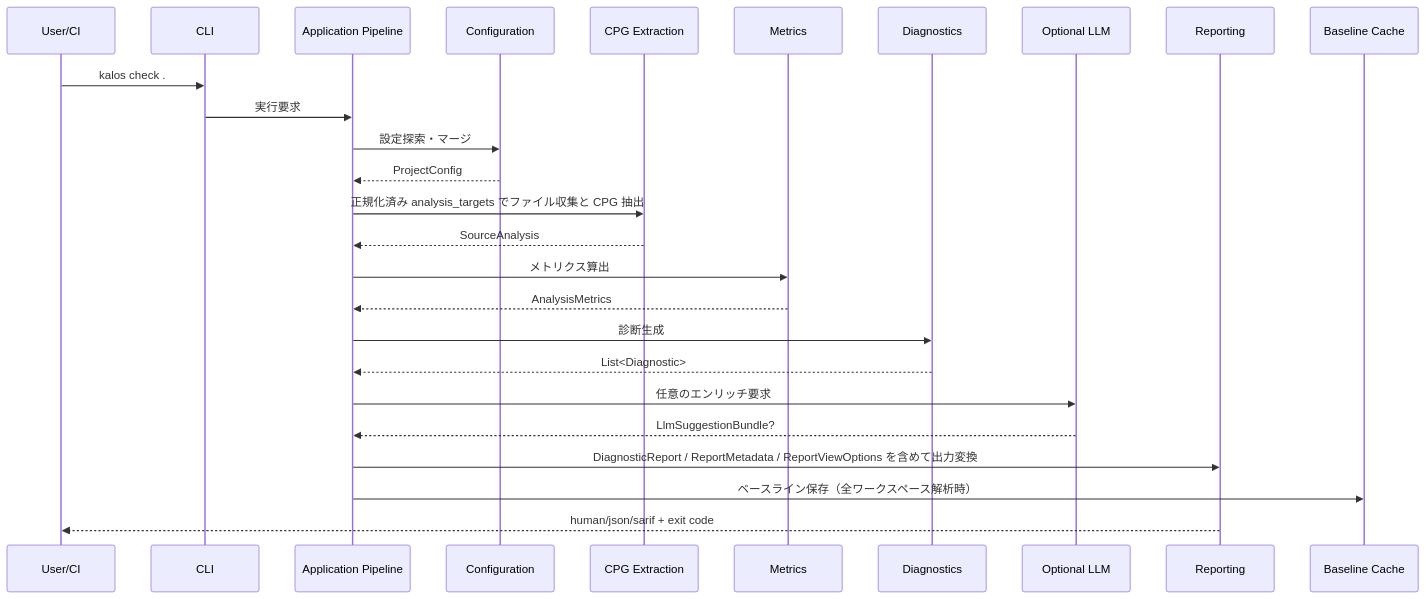
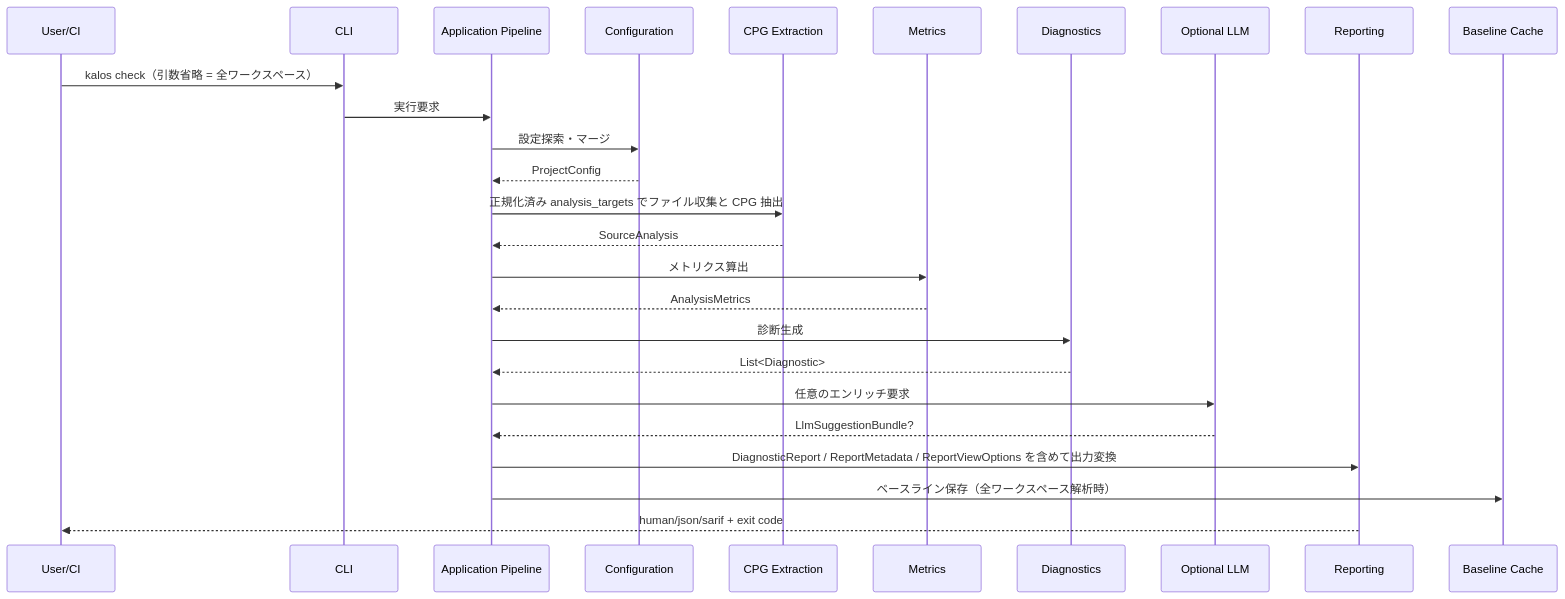
Before and after one commit to RK0429/kalos: the third of 4 diagrams in docs/architecture.md, drawn with Mermaid. The commit also changed other lines of this file and 1 other file, not shown here.

````diff
--- a/docs/architecture.md
+++ b/docs/architecture.md
@@ -276,29 +276,29 @@
 ```mermaid
 sequenceDiagram
     participant U as User/CI
     participant CLI as CLI
     participant APP as Application Pipeline
     participant CFG as Configuration
     participant CPG as CPG Extraction
     participant M as Metrics
     participant D as Diagnostics
     participant LLM as Optional LLM
     participant R as Reporting
     participant Cache as Baseline Cache
 
-    U->>CLI: kalos check .
+    U->>CLI: kalos check（引数省略 = 全ワークスペース）
     CLI->>APP: 実行要求
     APP->>CFG: 設定探索・マージ
     CFG-->>APP: ProjectConfig
     APP->>CPG: 正規化済み analysis_targets でファイル収集と CPG 抽出
     CPG-->>APP: SourceAnalysis
     APP->>M: メトリクス算出
     M-->>APP: AnalysisMetrics
     APP->>D: 診断生成
     D-->>APP: List<Diagnostic>
     APP->>LLM: 任意のエンリッチ要求
     LLM-->>APP: LlmSuggestionBundle?
     APP->>R: DiagnosticReport / ReportMetadata / ReportViewOptions を含めて出力変換
     APP->>Cache: ベースライン保存（全ワークスペース解析時）
     R-->>U: human/json/sarif + exit code
 ```
````
